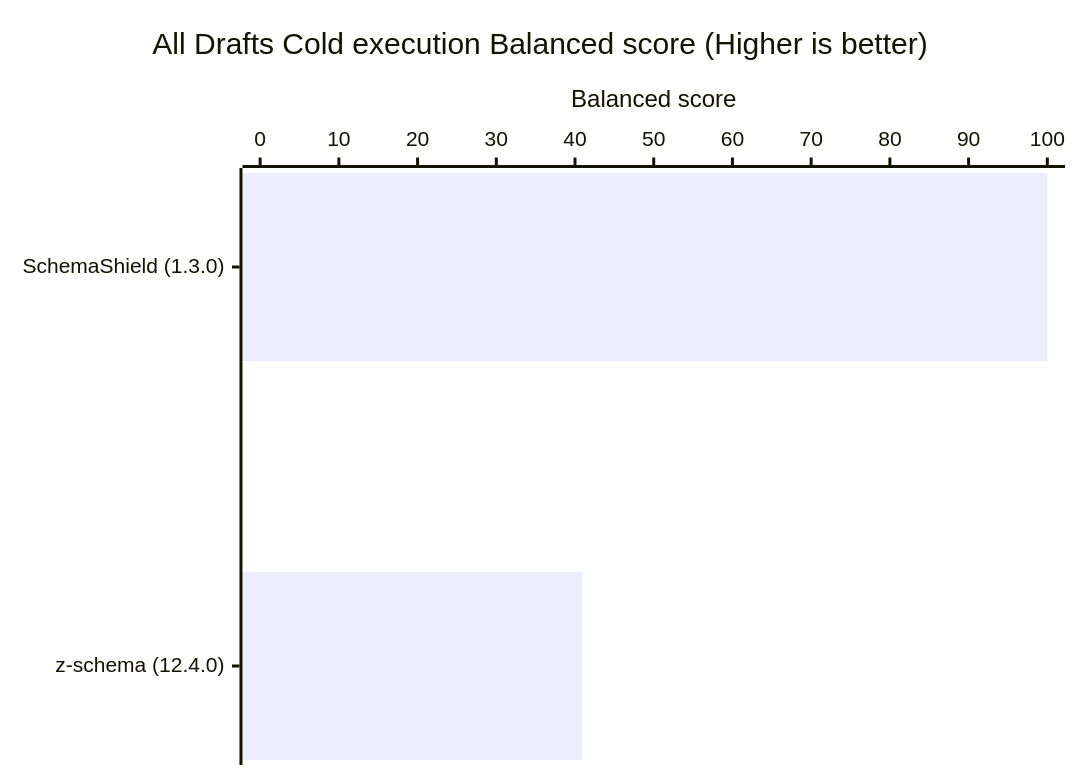
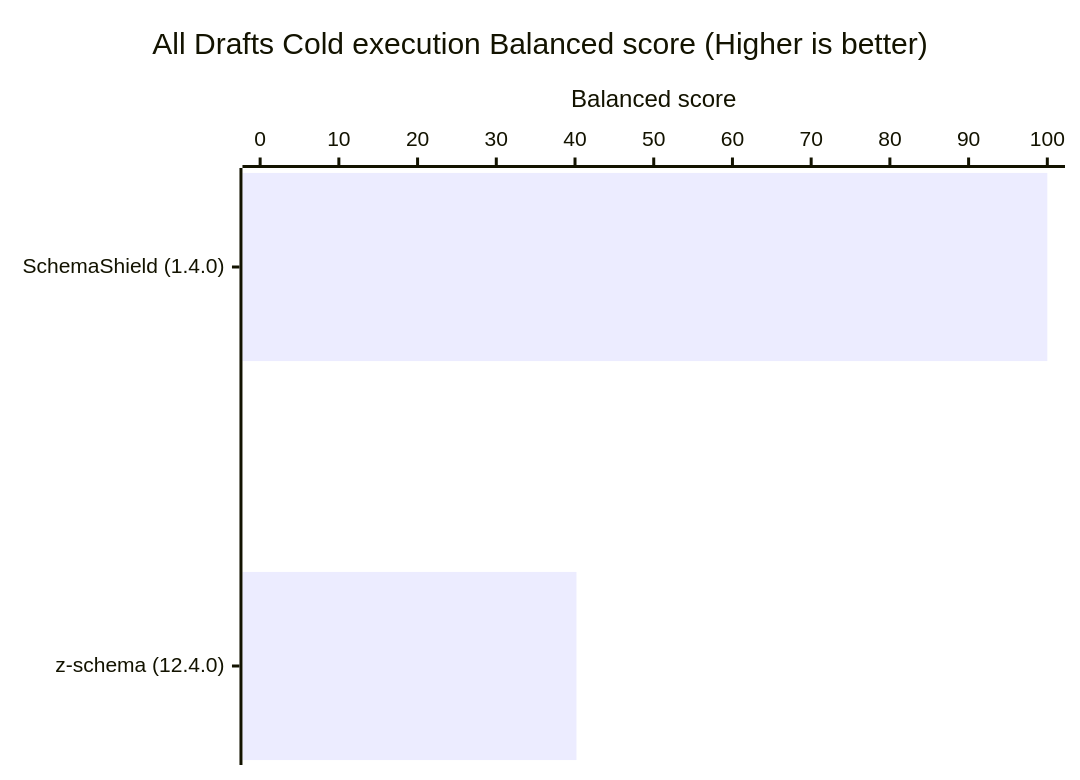
Before and after one commit to Masquerade-Circus/json-schema-validator-bench: the seventh of 8 diagrams in README.md, drawn with Mermaid. The commit also changed other lines of this file and 228 other files, not shown here.

````diff
--- a/README.md
+++ b/README.md
@@ -260,7 +268,7 @@
 ```mermaid
 xychart horizontal
     title "All Drafts Cold execution Balanced score (Higher is better)"
-    x-axis ["SchemaShield (1.3.0)", "z-schema (12.4.0)"]
+    x-axis ["SchemaShield (1.4.0)", "z-schema (12.4.0)"]
     y-axis "Balanced score" 0 --> 100
-    bar [100, 40.94]
+    bar [100, 40.188]
 ```
````
